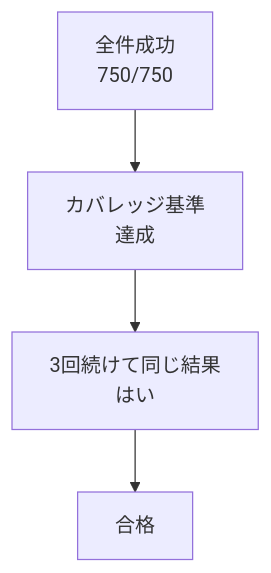
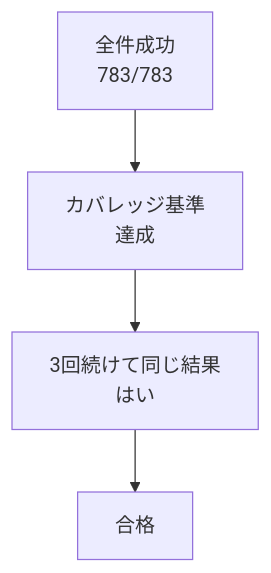
Before and after one commit to pocarialice/rpglearning: the third of 4 diagrams in documents/モジュールテスト結果報告書_RPG学習アプリ.md, drawn with Mermaid. The commit also changed other lines of this file and 12 other files, not shown here.

````diff
--- a/documents/モジュールテスト結果報告書_RPG学習アプリ.md
+++ b/documents/モジュールテスト結果報告書_RPG学習アプリ.md
@@ -1547,6 +1561,6 @@
 ```mermaid
 flowchart TD
-  A["全件成功<br>750/750"] --> B["カバレッジ基準<br>達成"]
+  A["全件成功<br>783/783"] --> B["カバレッジ基準<br>達成"]
   B --> C["3回続けて同じ結果<br>はい"]
   C --> D["合格"]
 ```
````
